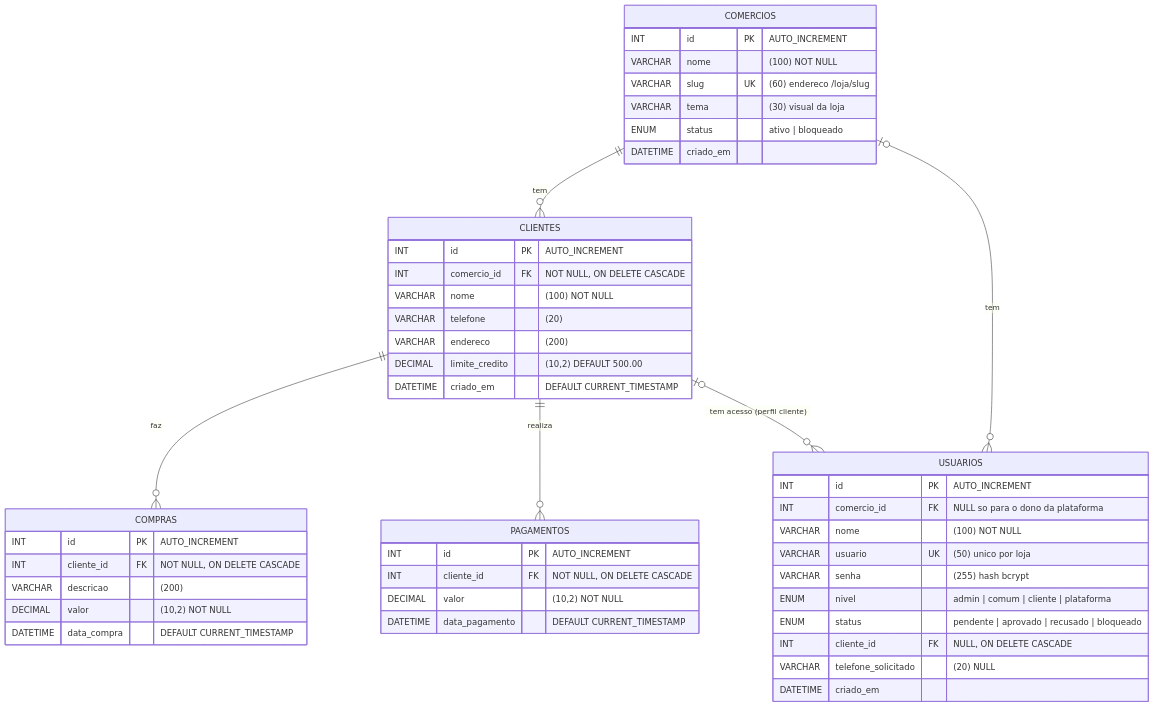
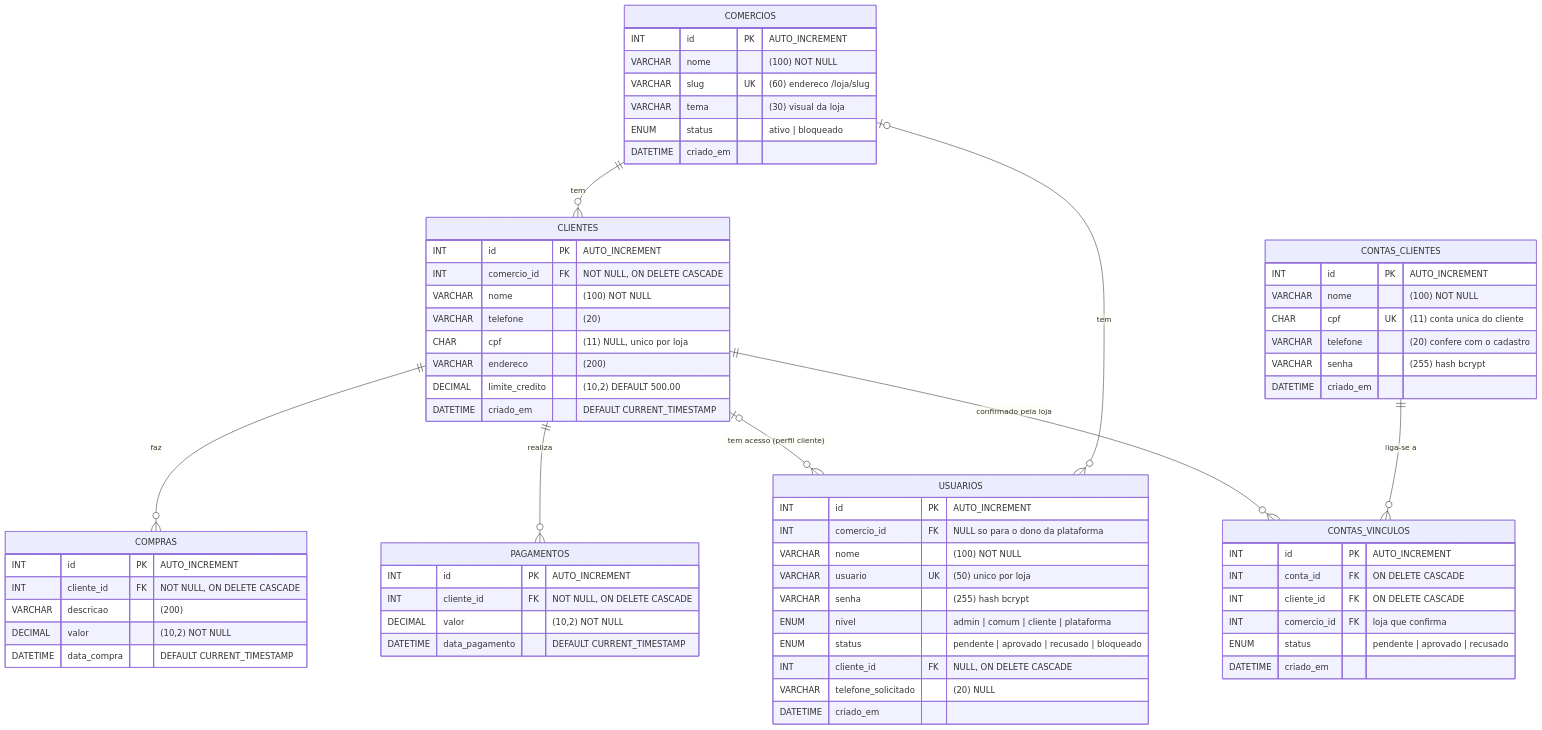
One commit to matheuswilton/Sistema-de-Fiado changed the first of 9 diagrams in docs/DIAGRAMAS.md. Above: the diagram before and after it, drawn with Mermaid. The commit also changed other lines of this file and 23 other files, not shown here.

Commit message:
Conta unica do cliente por CPF, escolha da loja na entrada e correcao do endereco /loja com maiusculas

````diff
--- a/docs/DIAGRAMAS.md
+++ b/docs/DIAGRAMAS.md
@@ -12,51 +12,70 @@
 ```mermaid
 erDiagram
     COMERCIOS ||--o{ CLIENTES : "tem"
     COMERCIOS |o--o{ USUARIOS : "tem"
     CLIENTES ||--o{ COMPRAS : "faz"
     CLIENTES ||--o{ PAGAMENTOS : "realiza"
     CLIENTES |o--o{ USUARIOS : "tem acesso (perfil cliente)"
+    CONTAS_CLIENTES ||--o{ CONTAS_VINCULOS : "liga-se a"
+    CLIENTES ||--o{ CONTAS_VINCULOS : "confirmado pela loja"
 
     COMERCIOS {
         INT id PK "AUTO_INCREMENT"
         VARCHAR nome "(100) NOT NULL"
         VARCHAR slug UK "(60) endereco /loja/slug"
         VARCHAR tema "(30) visual da loja"
         ENUM status "ativo | bloqueado"
         DATETIME criado_em
     }
     CLIENTES {
         INT id PK "AUTO_INCREMENT"
         INT comercio_id FK "NOT NULL, ON DELETE CASCADE"
         VARCHAR nome "(100) NOT NULL"
         VARCHAR telefone "(20)"
+        CHAR cpf "(11) NULL, unico por loja"
         VARCHAR endereco "(200)"
         DECIMAL limite_credito "(10,2) DEFAULT 500.00"
         DATETIME criado_em "DEFAULT CURRENT_TIMESTAMP"
     }
     USUARIOS {
         INT id PK "AUTO_INCREMENT"
         INT comercio_id FK "NULL so para o dono da plataforma"
         VARCHAR nome "(100) NOT NULL"
         VARCHAR usuario UK "(50) unico por loja"
         VARCHAR senha "(255) hash bcrypt"
         ENUM nivel "admin | comum | cliente | plataforma"
         ENUM status "pendente | aprovado | recusado | bloqueado"
         INT cliente_id FK "NULL, ON DELETE CASCADE"
         VARCHAR telefone_solicitado "(20) NULL"
         DATETIME criado_em
     }
     COMPRAS {
         INT id PK "AUTO_INCREMENT"
         INT cliente_id FK "NOT NULL, ON DELETE CASCADE"
         VARCHAR descricao "(200)"
         DECIMAL valor "(10,2) NOT NULL"
         DATETIME data_compra "DEFAULT CURRENT_TIMESTAMP"
     }
     PAGAMENTOS {
         INT id PK "AUTO_INCREMENT"
         INT cliente_id FK "NOT NULL, ON DELETE CASCADE"
         DECIMAL valor "(10,2) NOT NULL"
         DATETIME data_pagamento "DEFAULT CURRENT_TIMESTAMP"
     }
+    CONTAS_CLIENTES {
+        INT id PK "AUTO_INCREMENT"
+        VARCHAR nome "(100) NOT NULL"
+        CHAR cpf UK "(11) conta unica do cliente"
+        VARCHAR telefone "(20) confere com o cadastro"
+        VARCHAR senha "(255) hash bcrypt"
+        DATETIME criado_em
+    }
+    CONTAS_VINCULOS {
+        INT id PK "AUTO_INCREMENT"
+        INT conta_id FK "ON DELETE CASCADE"
+        INT cliente_id FK "ON DELETE CASCADE"
+        INT comercio_id FK "loja que confirma"
+        ENUM status "pendente | aprovado | recusado"
+        DATETIME criado_em
+    }
 ```
````
